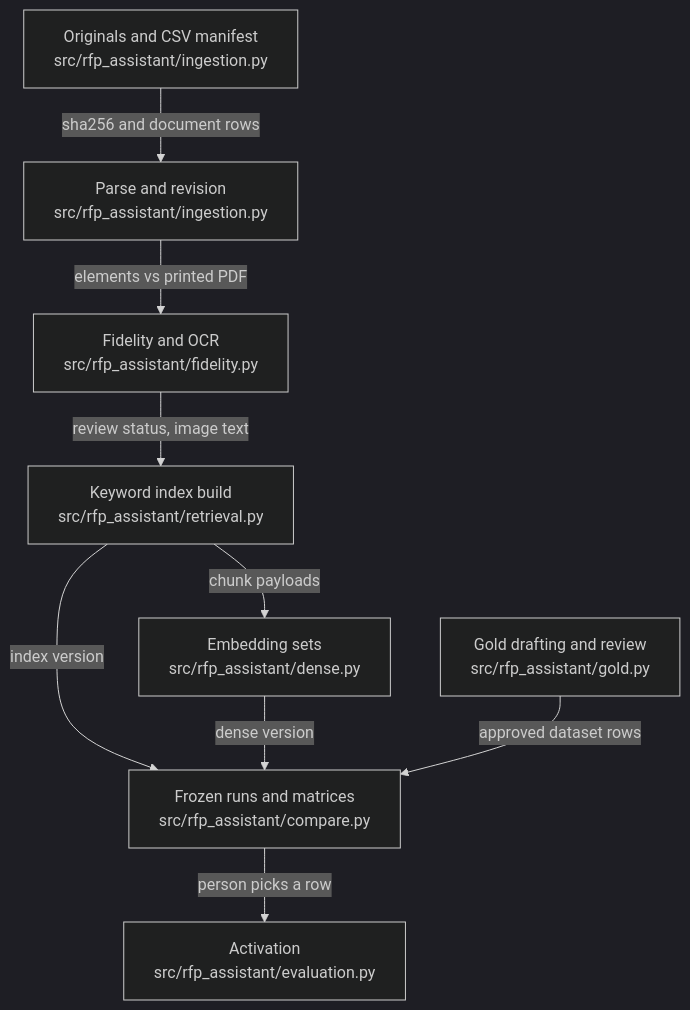
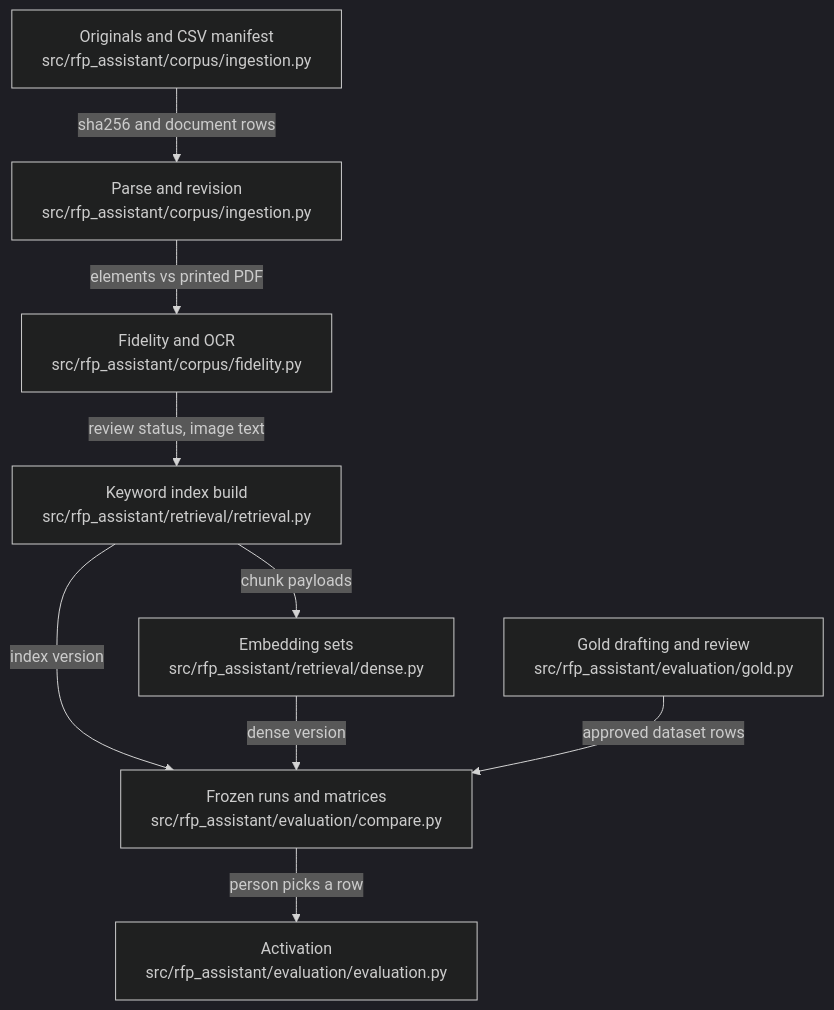
The diagram in .omm/data-flow/diagram.mmd (littleeeeebit/project-codeit-mid), drawn with Mermaid (dark theme) before and after one commit. The commit also changed 13 other files, not shown here.

Commit message:
Name the layer package paths in docs and diagrams

```diff
--- a/.omm/data-flow/diagram.mmd
+++ b/.omm/data-flow/diagram.mmd
@@ -1,9 +1,9 @@
 graph TD
-  source-originals["Originals and CSV manifest\nsrc/rfp_assistant/ingestion.py"] -->|"sha256 and document rows"| ingestion["Parse and revision\nsrc/rfp_assistant/ingestion.py"]
-  ingestion -->|"elements vs printed PDF"| fidelity-and-ocr["Fidelity and OCR\nsrc/rfp_assistant/fidelity.py"]
-  fidelity-and-ocr -->|"review status, image text"| keyword-index-build["Keyword index build\nsrc/rfp_assistant/retrieval.py"]
-  keyword-index-build -->|"chunk payloads"| embedding-sets["Embedding sets\nsrc/rfp_assistant/dense.py"]
-  keyword-index-build -->|"index version"| evaluation-runs["Frozen runs and matrices\nsrc/rfp_assistant/compare.py"]
+  source-originals["Originals and CSV manifest\nsrc/rfp_assistant/corpus/ingestion.py"] -->|"sha256 and document rows"| ingestion["Parse and revision\nsrc/rfp_assistant/corpus/ingestion.py"]
+  ingestion -->|"elements vs printed PDF"| fidelity-and-ocr["Fidelity and OCR\nsrc/rfp_assistant/corpus/fidelity.py"]
+  fidelity-and-ocr -->|"review status, image text"| keyword-index-build["Keyword index build\nsrc/rfp_assistant/retrieval/retrieval.py"]
+  keyword-index-build -->|"chunk payloads"| embedding-sets["Embedding sets\nsrc/rfp_assistant/retrieval/dense.py"]
+  keyword-index-build -->|"index version"| evaluation-runs["Frozen runs and matrices\nsrc/rfp_assistant/evaluation/compare.py"]
   embedding-sets -->|"dense version"| evaluation-runs
-  gold-review["Gold drafting and review\nsrc/rfp_assistant/gold.py"] -->|"approved dataset rows"| evaluation-runs
-  evaluation-runs -->|"person picks a row"| activation["Activation\nsrc/rfp_assistant/evaluation.py"]
+  gold-review["Gold drafting and review\nsrc/rfp_assistant/evaluation/gold.py"] -->|"approved dataset rows"| evaluation-runs
+  evaluation-runs -->|"person picks a row"| activation["Activation\nsrc/rfp_assistant/evaluation/evaluation.py"]
```
